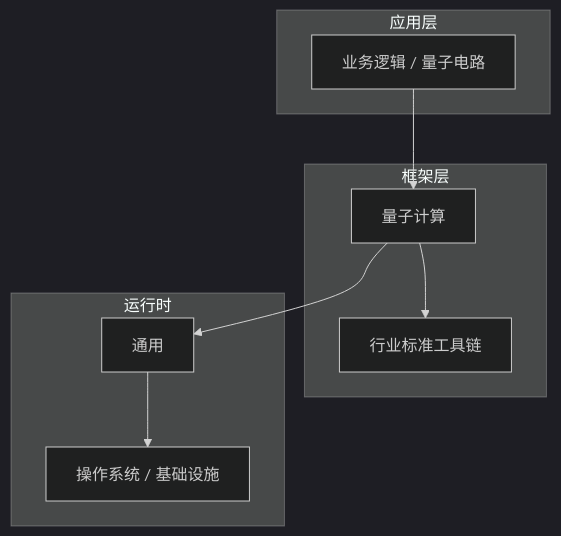
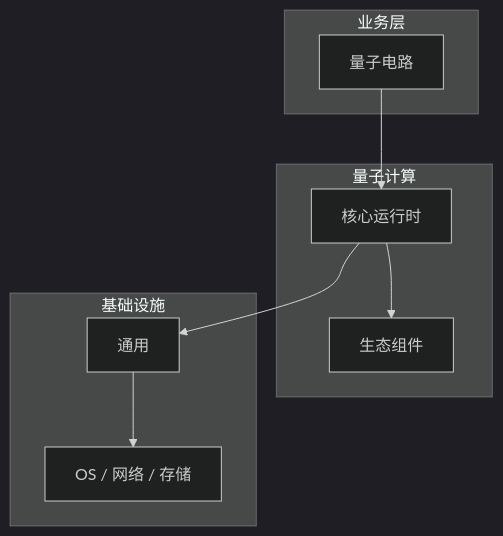
One commit to yanggan2015/knowledge-json-v2 changed the diagram in articles/量子计算/chapters/016-量子电路核心概念与原理.md. Above: the diagram before and after it, drawn with Mermaid (dark theme). The commit also changed other lines of this file and 10127 other files, not shown here.

````diff
--- a/articles/量子计算/chapters/016-量子电路核心概念与原理.md
+++ b/articles/量子计算/chapters/016-量子电路核心概念与原理.md
@@ -45,18 +30,18 @@
 ```mermaid
 graph TB
-    subgraph 应用层
-        A[业务逻辑 / 量子电路]
+    subgraph 业务层
+        A[量子电路]
     end
-    subgraph 框架层
-        B[量子计算]
-        C[行业标准工具链]
+    subgraph 量子计算
+        B[核心运行时]
+        C[生态组件]
     end
-    subgraph 运行时
+    subgraph 基础设施
         D[通用]
-        E[操作系统 / 基础设施]
+        E[OS / 网络 / 存储]
     end
     A --> B
     B --> C
     B --> D
     D --> E
 ```
````
